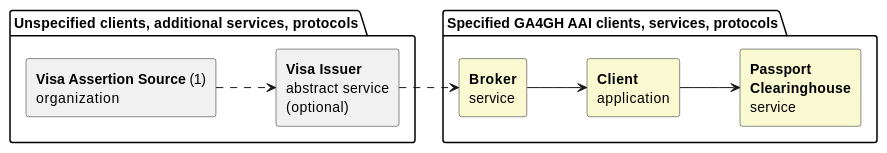
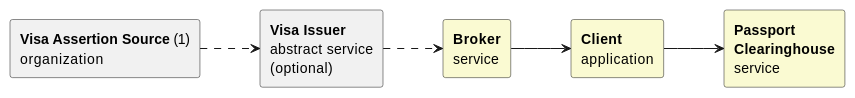
Before and after one commit to ga4gh/data-security: the second of 3 diagrams in AAI/AAIConnectProfile.md, drawn with PlantUML. The commit also changed other lines of this file and 1 other file, not shown here.

```diff
--- a/AAI/AAIConnectProfile.md
+++ b/AAI/AAIConnectProfile.md
@@ -340,23 +340,18 @@
 @startuml
 skinparam componentStyle rectangle
 left to right direction
 
-package "Unspecified clients, additional services, protocols" {
 component "<b>Visa Assertion Source</b> (1)\norganization" as VisaSource
 component "<b>Visa Issuer</b>\nabstract service\n(optional)" as VisaIssuer
-}
-
-package "Specified GA4GH AAI clients, services, protocols" {
 component "<b>Broker</b>\nservice" as Broker #FAFAD2
 component "<b>Client</b>\napplication" as Client #FAFAD2
 component "<b>Passport</b>\n<b>Clearinghouse</b>\nservice" as ClearingHouse #FAFAD2
-}
 
 VisaSource ..> VisaIssuer
 
 
 VisaIssuer ..> Broker 
 Broker --> Client 
 Client --> ClearingHouse
 
 @enduml
```
